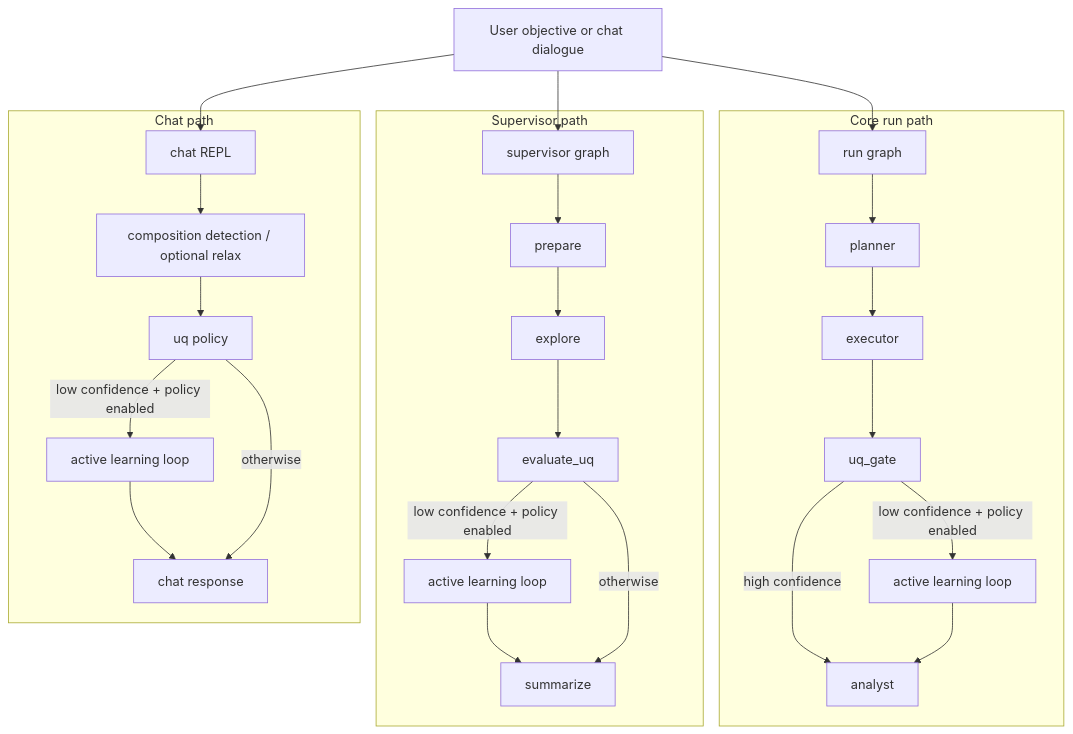
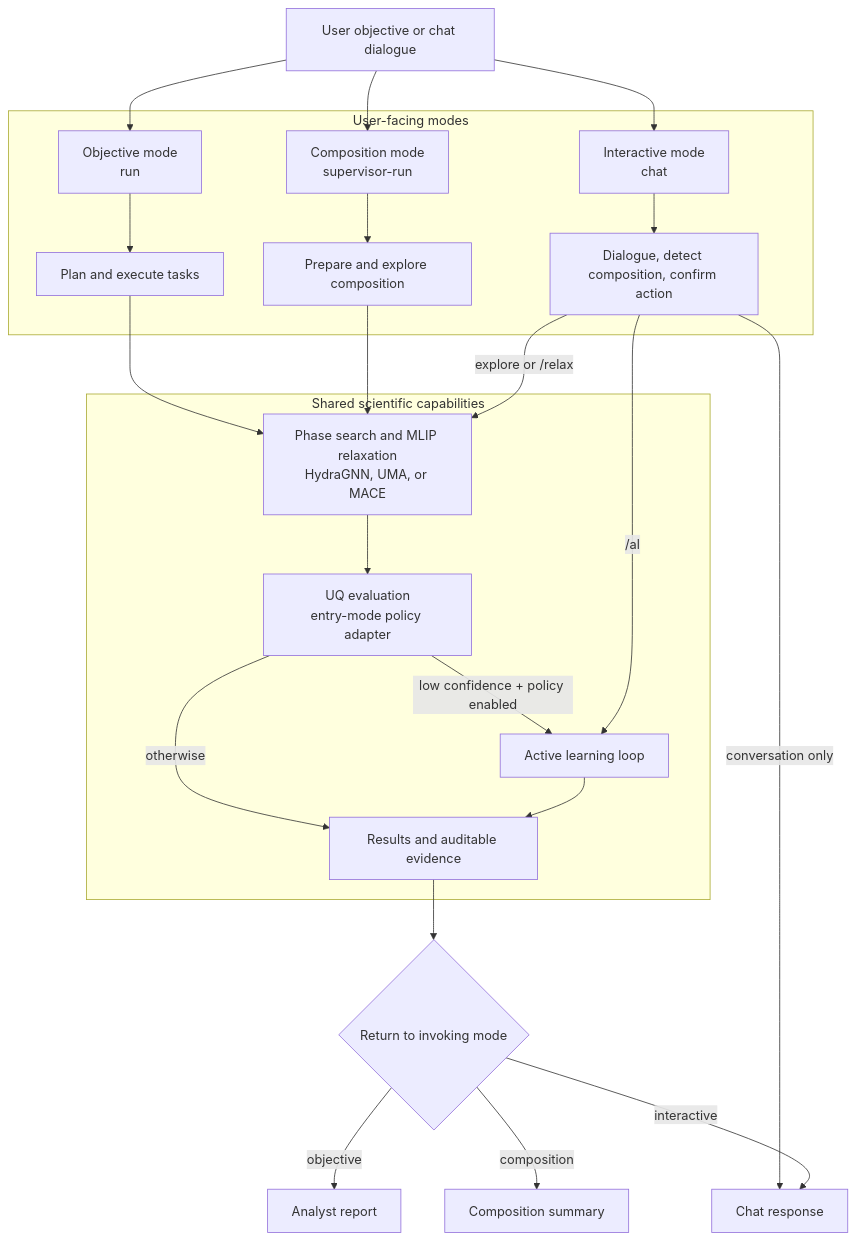
One commit to ORNL/matsim-agents changed the diagram in docs/architecture.md. Above: the diagram before and after it, drawn with Mermaid. The commit also changed other lines of this file and 3 other files, not shown here.

Commit message:
Restructure workflow architecture diagrams

````diff
--- a/docs/architecture.md
+++ b/docs/architecture.md
@@ -32,33 +32,37 @@
 ```mermaid
 flowchart TD
 		U[User objective or chat dialogue]
-		U --> R[run graph]
-		U --> C[chat REPL]
-		U --> S[supervisor graph]
 
-		subgraph RPATH[Core run path]
-			R --> RP[planner]
-			RP --> RE[executor]
-			RE --> RU[uq_gate]
-			RU -->|high confidence| RA[analyst]
-			RU -->|low confidence + policy enabled| RAL[active learning loop]
-			RAL --> RA
+		subgraph MODES[User-facing modes]
+			O[Objective mode<br/>run] --> OP[Plan and execute tasks]
+			P[Composition mode<br/>supervisor-run] --> PP[Prepare and explore composition]
+			I[Interactive mode<br/>chat] --> IP[Dialogue, detect composition, confirm action]
 		end
 
-		subgraph SPATH[Supervisor path]
-			S --> SP[prepare]
-			SP --> SX[explore]
-			SX --> SU[evaluate_uq]
-			SU -->|low confidence + policy enabled| SAL[active learning loop]
-			SAL --> SS[summarize]
-			SU -->|otherwise| SS
+		U --> O
+		U --> P
+		U --> I
+
+		subgraph SCIENCE[Shared scientific capabilities]
+			X[Phase search and MLIP relaxation<br/>HydraGNN, UMA, or MACE]
+			Q[UQ evaluation<br/>entry-mode policy adapter]
+			AL[Active learning loop]
+			E[Results and auditable evidence]
+
+			X --> Q
+			Q -->|low confidence + policy enabled| AL
+			Q -->|otherwise| E
+			AL --> E
 		end
 
-		subgraph CPATH[Chat path]
-			C --> CC[composition detection / optional relax]
-			CC --> CU[uq policy]
-			CU -->|low confidence + policy enabled| CAL[active learning loop]
-			CAL --> CR[chat response]
-			CU -->|otherwise| CR
-		end
+		OP --> X
+		PP --> X
+		IP -->|explore or /relax| X
+		IP -->|/al| AL
+		IP -->|conversation only| IR[Chat response]
+
+		E --> R{Return to invoking mode}
+		R -->|objective| OA[Analyst report]
+		R -->|composition| PS[Composition summary]
+		R -->|interactive| IR
 ```
````
